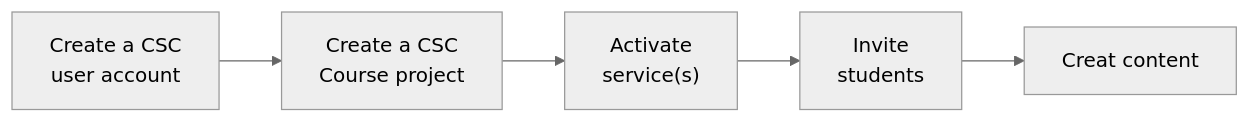
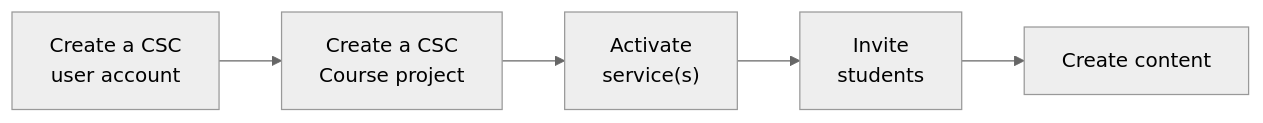
Before and after one commit to CSCfi/csc-user-guide: the diagram in docs/support/tutorials/services-for-courses.md, drawn with Mermaid (neutral theme). The commit also changed other lines of this file, not shown here.

````diff
--- a/docs/support/tutorials/services-for-courses.md
+++ b/docs/support/tutorials/services-for-courses.md
@@ -3,12 +3,12 @@
 ```mermaid
 graph LR;
     A["Create a CSC
        user account"] --> B;
     B["Create a CSC
        Course project"] --> C;
     C["Activate
        service(s)"] --> D;
     D["Invite
        students"] --> E;
-    E["Creat content"]
+    E["Create content"]
 ```
````
